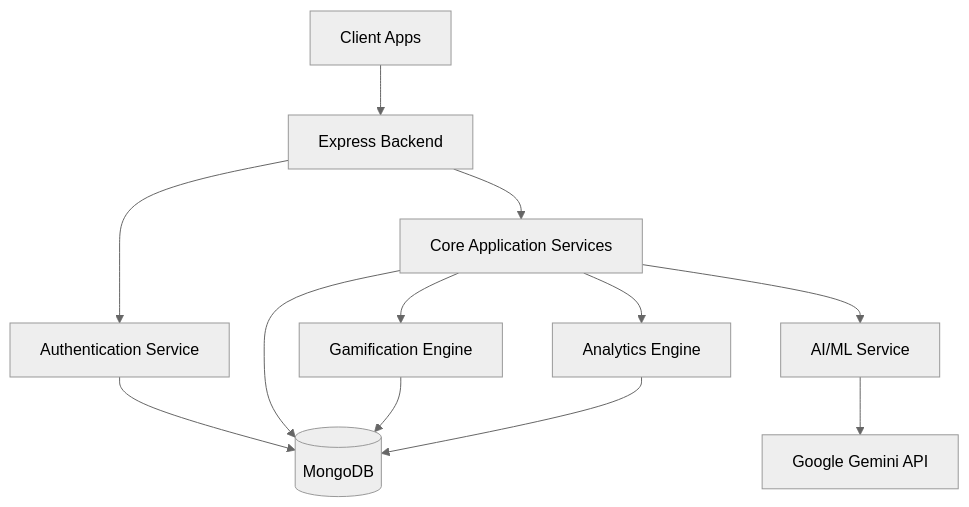
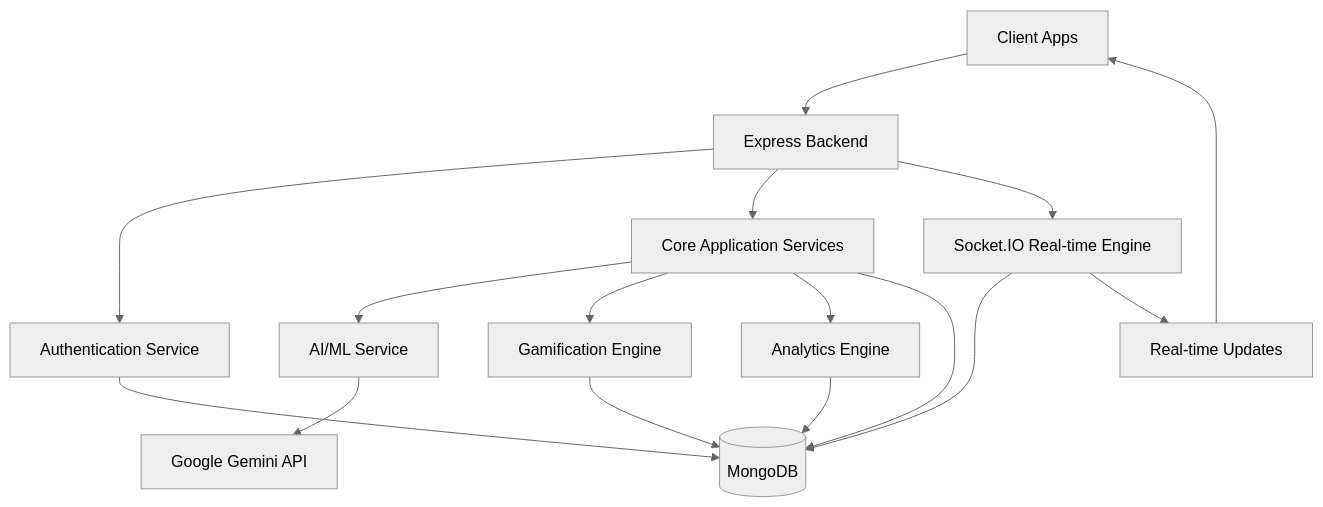
One commit to Vikash-Kumar001/FINMEN changed the diagram in README.md. Above: the diagram before and after it, drawn with Mermaid (neutral theme). The commit also changed other lines of this file and 120 other files, not shown here.

First line of the commit message:
feat: add parent & seller dashboards, real-time student dashboard, and game pillars

````diff
--- a/README.md
+++ b/README.md
@@ -95,14 +100,18 @@
 ```mermaid
 graph TB
     A[Client Apps] --> B[Express Backend]
     B --> C[Authentication Service]
     B --> D[Core Application Services]
-    D --> E[AI/ML Service]
-    D --> F[Gamification Engine]
-    D --> G[Analytics Engine]
-    C --> H[(MongoDB)]
-    D --> H
-    E --> I[Google Gemini API]
-    F --> H
-    G --> H
+    B --> E[Socket.IO Real-time Engine]
+    D --> F[AI/ML Service]
+    D --> G[Gamification Engine]
+    D --> H[Analytics Engine]
+    C --> I[(MongoDB)]
+    D --> I
+    E --> I
+    F --> J[Google Gemini API]
+    G --> I
+    H --> I
+    E --> K[Real-time Updates]
+    K --> A
 ```
````
